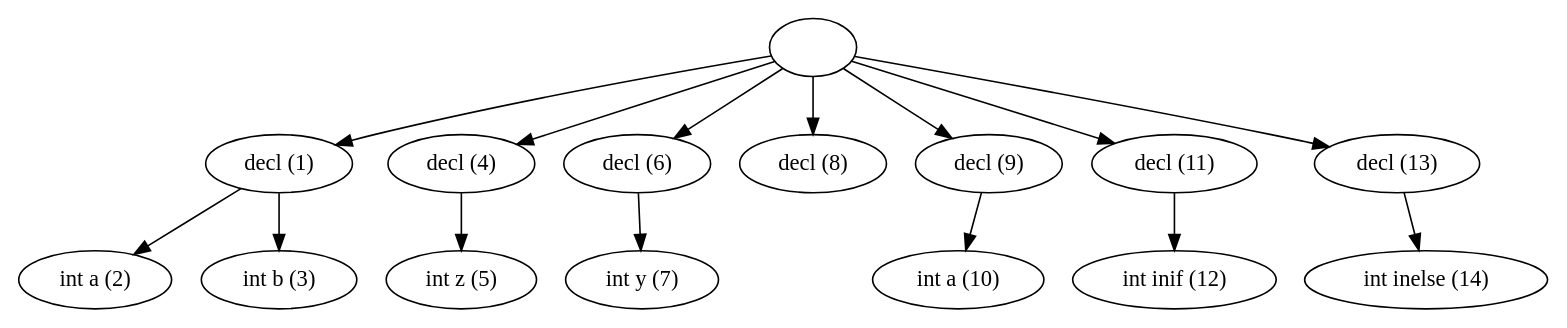
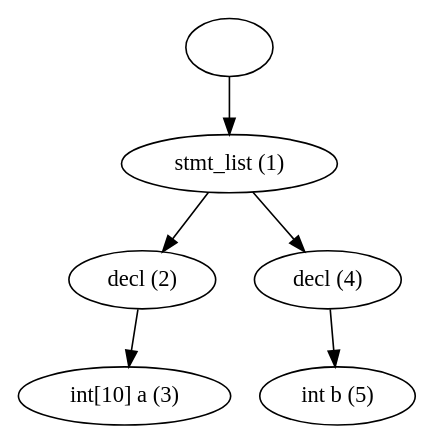
Before and after one commit to vinayak-awanti/MiniC-Compiler: the diagram in ast.dot, drawn with Graphviz. The commit also changed 7 other files, not shown here.

Commit message:
added stmt_list to ast

```diff
--- a/ast.dot
+++ b/ast.dot
@@ -1,16 +1,7 @@
 digraph ast {
-	"" -> "decl (1)";
-	"decl (1)" -> "int a (2)";
-	"decl (1)" -> "int b (3)";
-	"" -> "decl (4)";
-	"decl (4)" -> "int z (5)";
-	"" -> "decl (6)";
-	"decl (6)" -> "int y (7)";
-	"" -> "decl (8)";
-	"" -> "decl (9)";
-	"decl (9)" -> "int a (10)";
-	"" -> "decl (11)";
-	"decl (11)" -> "int inif (12)";
-	"" -> "decl (13)";
-	"decl (13)" -> "int inelse (14)";
+	"" -> "stmt_list (1)";
+	"stmt_list (1)" -> "decl (2)";
+	"decl (2)" -> "int[10] a (3)";
+	"stmt_list (1)" -> "decl (4)";
+	"decl (4)" -> "int b (5)";
 }
```
